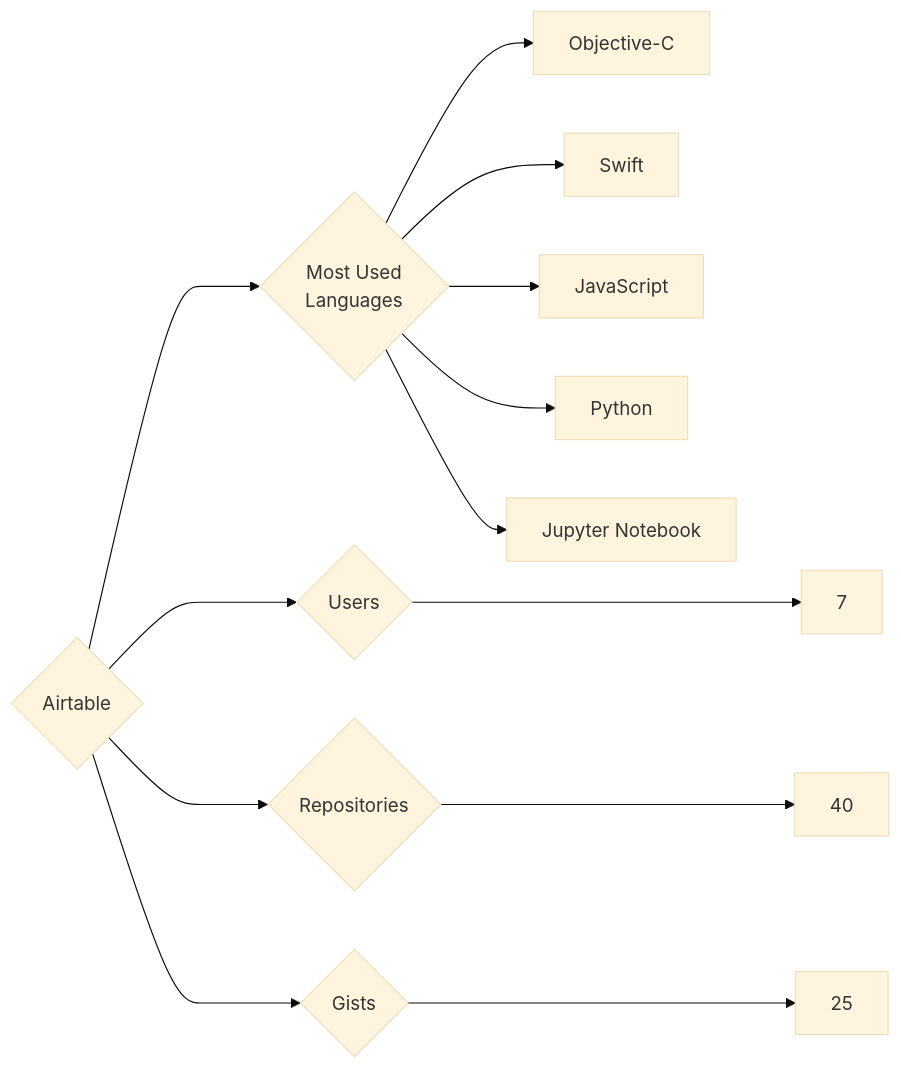
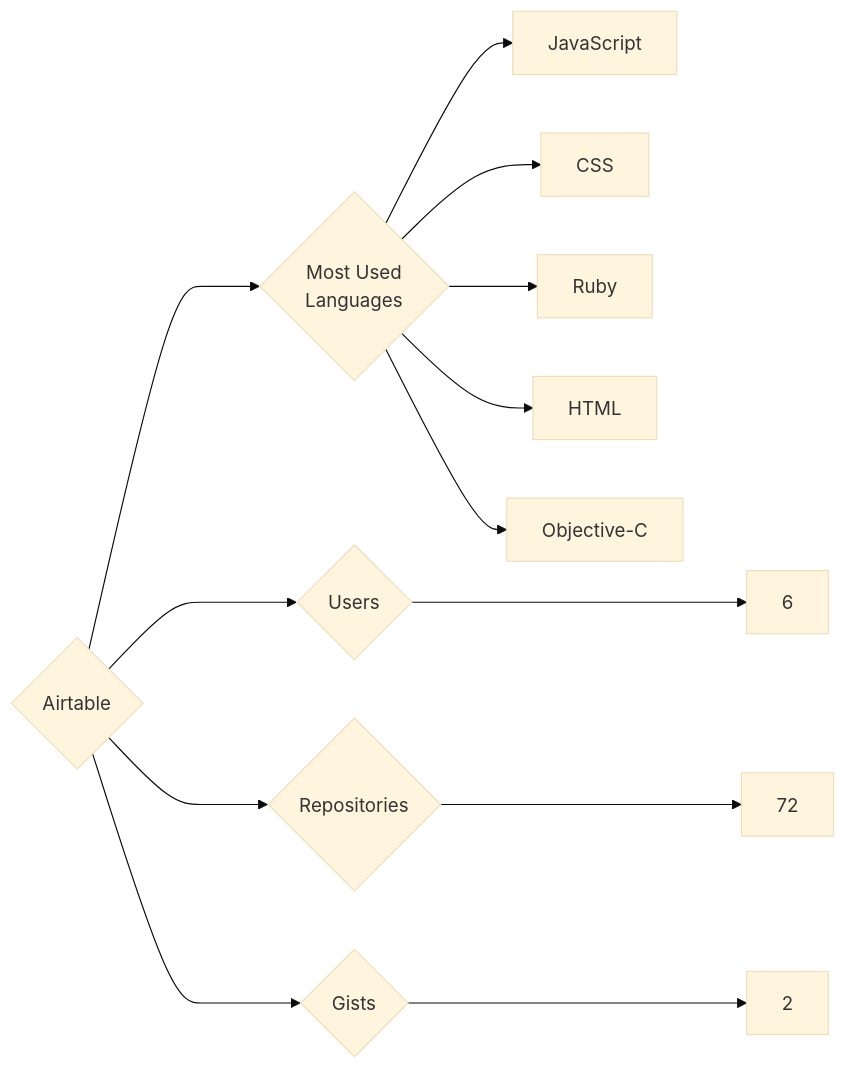
The diagram in targets/Airtable/README.md (trickest/insiders), drawn with Mermaid (base theme) before and after one commit. The commit also changed 1089 other files, not shown here.

````diff
--- a/targets/Airtable/README.md
+++ b/targets/Airtable/README.md
@@ -3,13 +3,13 @@
 ```mermaid
 graph LR
 COMPANY_NAME{Airtable}
-COMPANY_NAME ---> U{Users} ---> UN[7]
-COMPANY_NAME ---> R{Repositories} ---> RN[40]
-COMPANY_NAME ---> G{Gists} ---> GN[25]
+COMPANY_NAME ---> U{Users} ---> UN[6]
+COMPANY_NAME ---> R{Repositories} ---> RN[72]
+COMPANY_NAME ---> G{Gists} ---> GN[2]
 COMPANY_NAME ---> ML{Most Used<br>Languages}
+ML --> JavaScript[JavaScript]
+ML --> CSS[CSS]
+ML --> Ruby[Ruby]
+ML --> HTML[HTML]
 ML --> Objective-C[Objective-C]
-ML --> Swift[Swift]
-ML --> JavaScript[JavaScript]
-ML --> Python[Python]
-ML --> Jupyter_Notebook[Jupyter Notebook]
 ```
````
